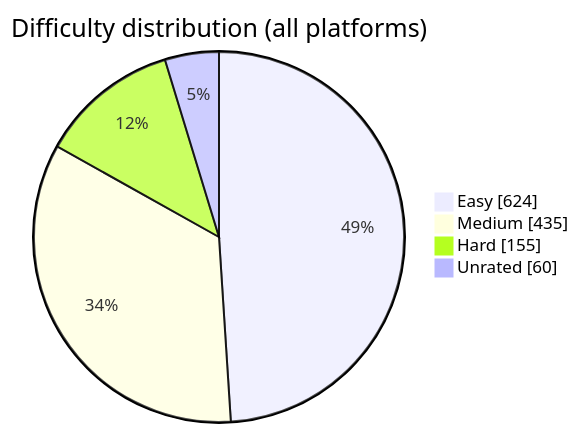
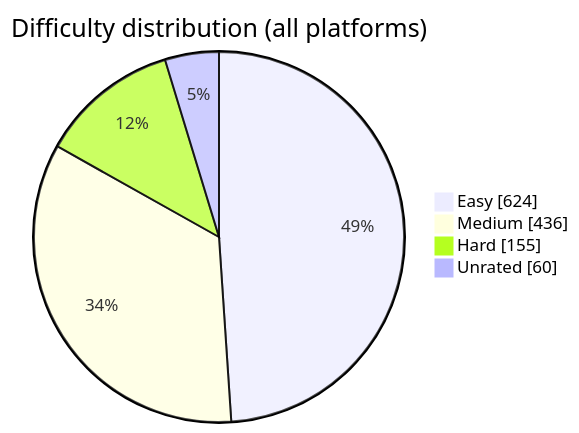
One commit to BuildbyArindam/Daily-Coding-Log changed the diagram in README.md. Above: the diagram before and after it, drawn with Mermaid. The commit also changed other lines of this file, not shown here.

````diff
--- a/README.md
+++ b/README.md
@@ -93,7 +93,7 @@
 ```mermaid
 pie showData title Difficulty distribution (all platforms)
     "Easy" : 624
-    "Medium" : 435
+    "Medium" : 436
     "Hard" : 155
     "Unrated" : 60
 ```
````
